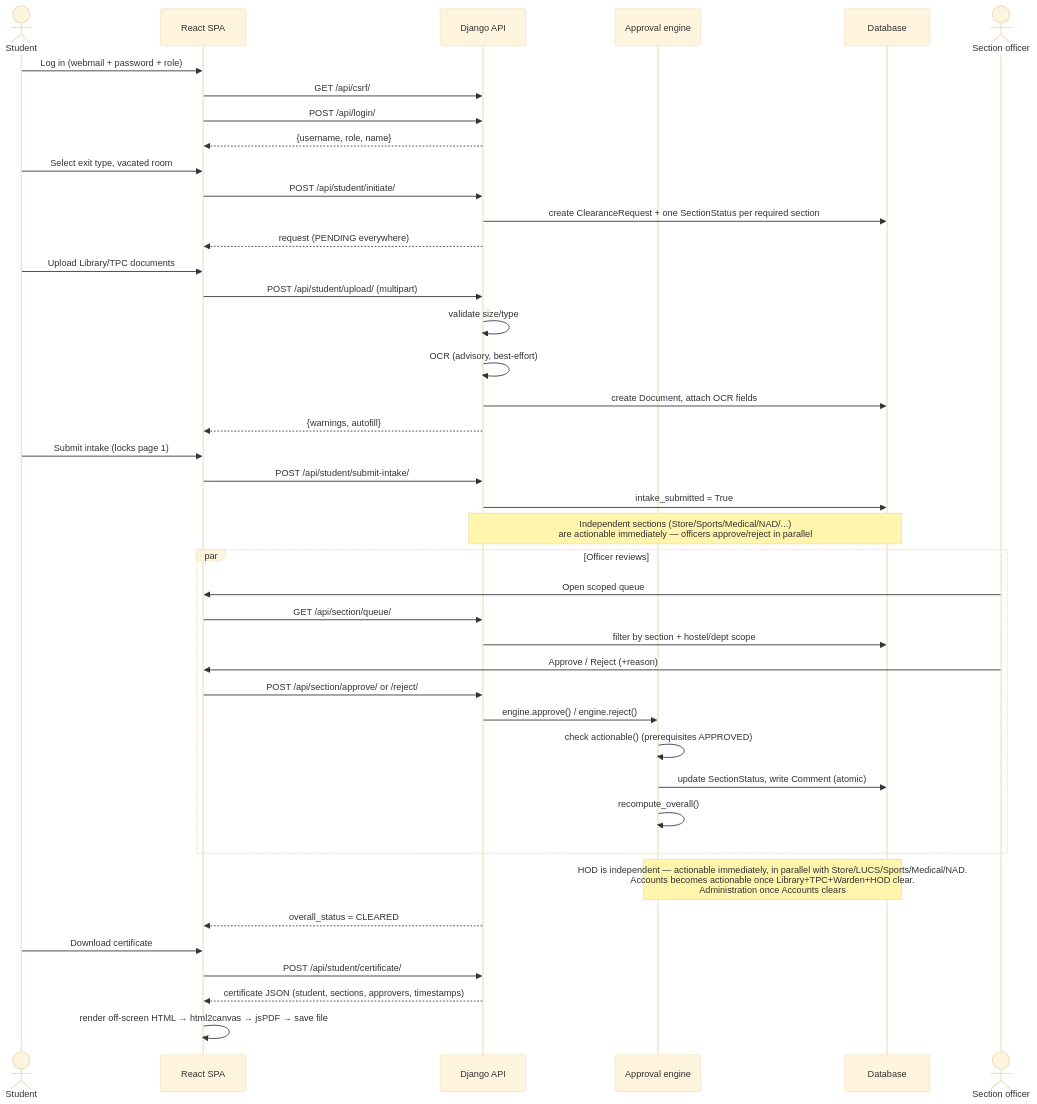
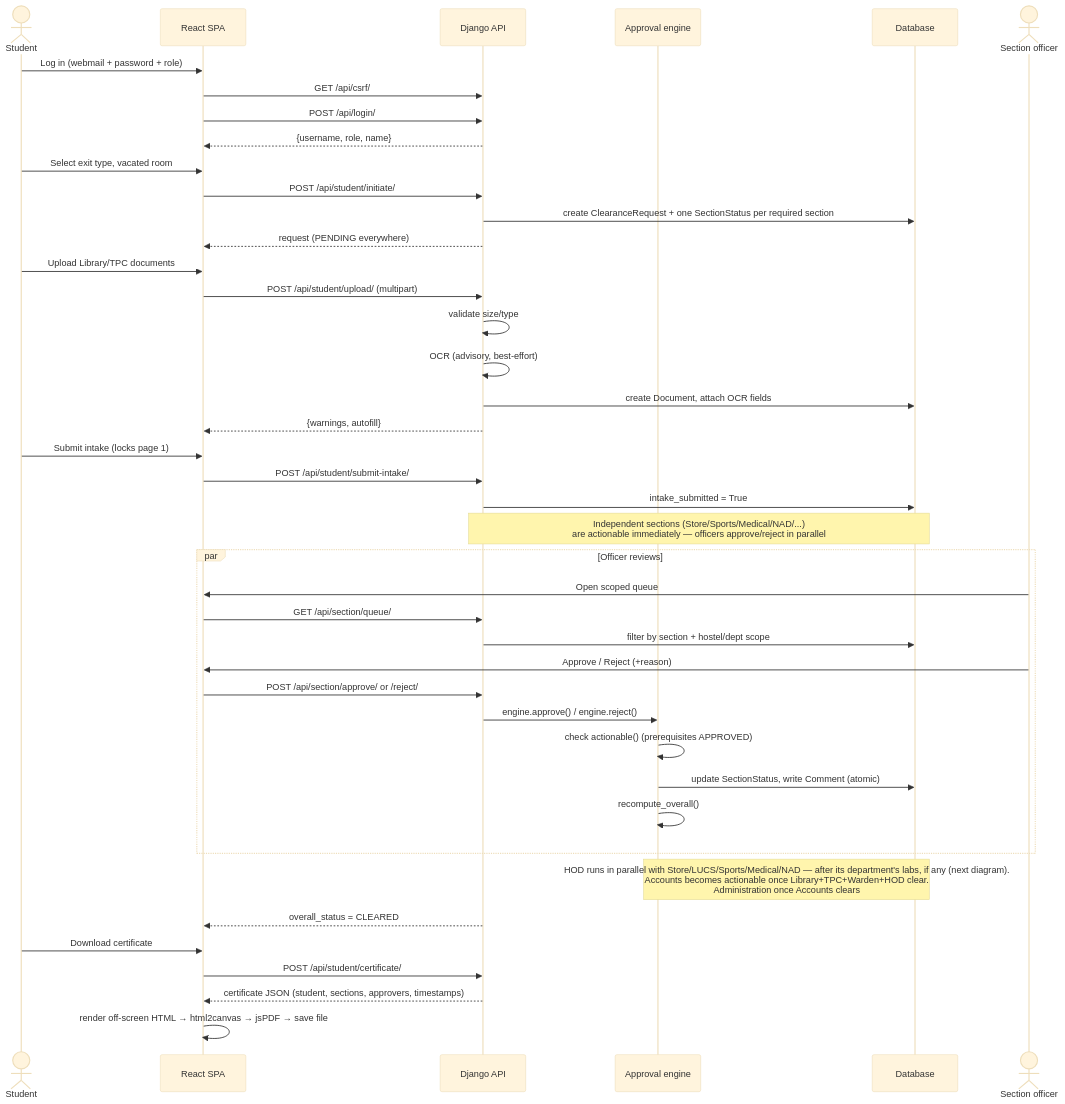
Before and after one commit to manashatwar/LNMIIT-NO-DUES-PORTAL: the second of 4 diagrams in docs/ARCHITECTURE.md, drawn with Mermaid (base theme). The commit also changed other lines of this file, not shown here.

Commit message:
update architecture docs

````diff
--- a/docs/ARCHITECTURE.md
+++ b/docs/ARCHITECTURE.md
@@ -38,52 +38,52 @@
 ```mermaid
 sequenceDiagram
     actor S as Student
     participant SPA as React SPA
     participant API as Django API
     participant ENG as Approval engine
     participant DB as Database
 
     S->>SPA: Log in (webmail + password + role)
     SPA->>API: GET /api/csrf/
     SPA->>API: POST /api/login/
     API-->>SPA: {username, role, name}
 
     S->>SPA: Select exit type, vacated room
     SPA->>API: POST /api/student/initiate/
     API->>DB: create ClearanceRequest + one SectionStatus per required section
     API-->>SPA: request (PENDING everywhere)
 
     S->>SPA: Upload Library/TPC documents
     SPA->>API: POST /api/student/upload/ (multipart)
     API->>API: validate size/type
     API->>API: OCR (advisory, best-effort)
     API->>DB: create Document, attach OCR fields
     API-->>SPA: {warnings, autofill}
 
     S->>SPA: Submit intake (locks page 1)
     SPA->>API: POST /api/student/submit-intake/
     API->>DB: intake_submitted = True
 
     Note over API,DB: Independent sections (Store/Sports/Medical/NAD/...)<br/>are actionable immediately — officers approve/reject in parallel
 
     par Officer reviews
         actor O as Section officer
         O->>SPA: Open scoped queue
         SPA->>API: GET /api/section/queue/
         API->>DB: filter by section + hostel/dept scope
         O->>SPA: Approve / Reject (+reason)
         SPA->>API: POST /api/section/approve/ or /reject/
         API->>ENG: engine.approve() / engine.reject()
         ENG->>ENG: check actionable() (prerequisites APPROVED)
         ENG->>DB: update SectionStatus, write Comment (atomic)
         ENG->>ENG: recompute_overall()
     end
 
-    Note over ENG,DB: HOD is independent — actionable immediately, in parallel with Store/LUCS/Sports/Medical/NAD.<br/>Accounts becomes actionable once Library+TPC+Warden+HOD clear.<br/>Administration once Accounts clears
+    Note over ENG,DB: HOD runs in parallel with Store/LUCS/Sports/Medical/NAD — after its department's labs, if any (next diagram).<br/>Accounts becomes actionable once Library+TPC+Warden+HOD clear.<br/>Administration once Accounts clears
 
     API-->>SPA: overall_status = CLEARED
     S->>SPA: Download certificate
     SPA->>API: POST /api/student/certificate/
     API-->>SPA: certificate JSON (student, sections, approvers, timestamps)
     SPA->>SPA: render off-screen HTML → html2canvas → jsPDF → save file
 ```
````
